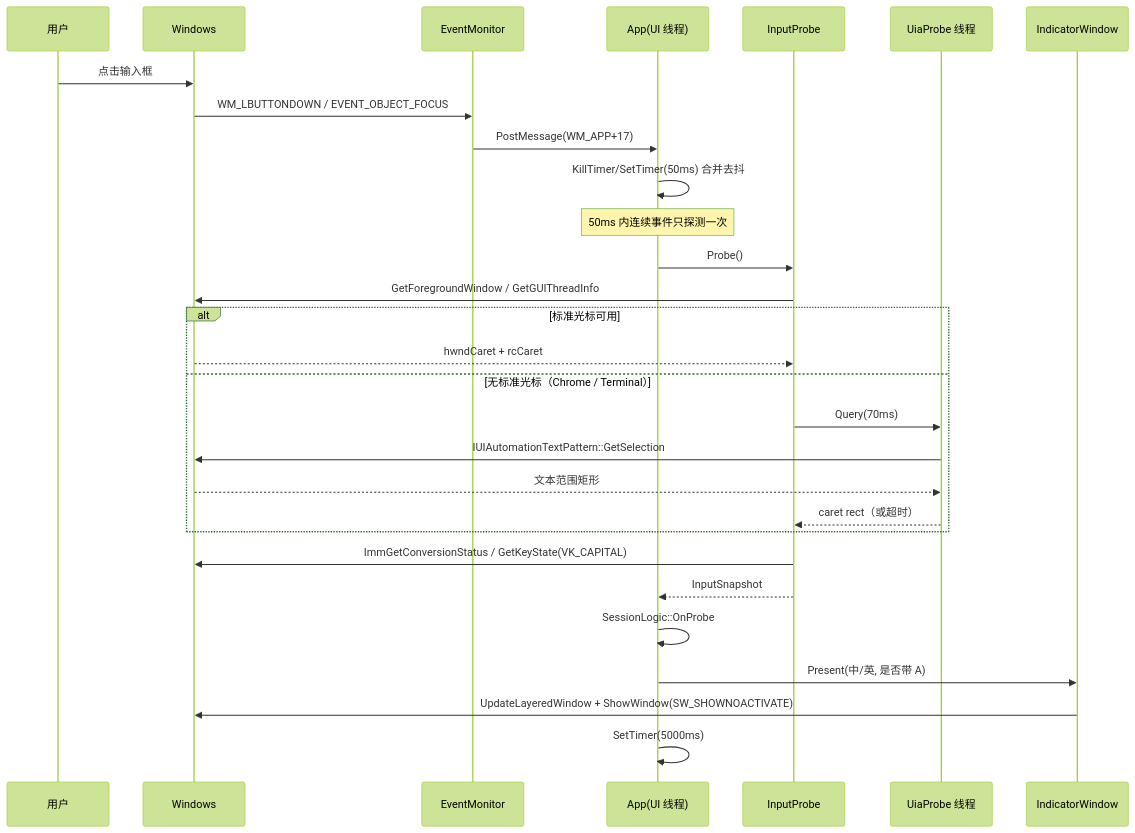
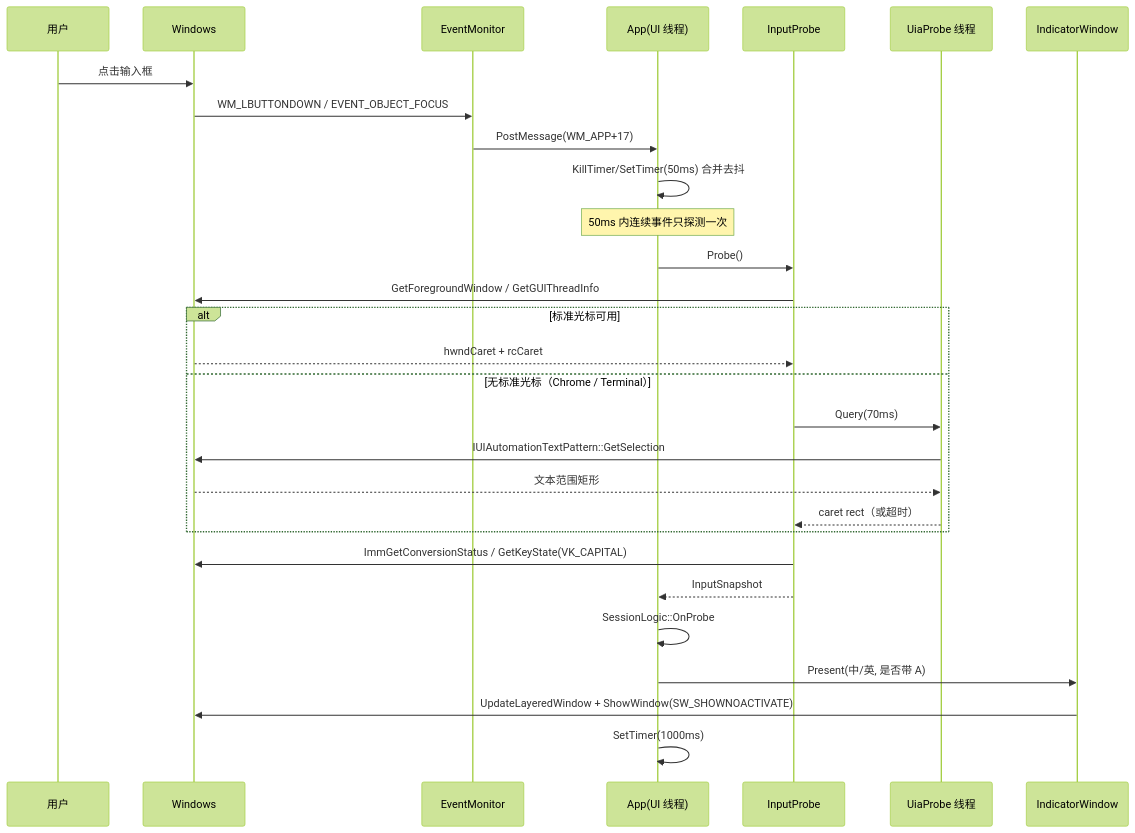
One commit to facekee/IMETip changed the second of 3 diagrams in docs/architecture.md. Above: the diagram before and after it, drawn with Mermaid (forest theme). The commit also changed other lines of this file and 10 other files, not shown here.

````diff
--- a/docs/architecture.md
+++ b/docs/architecture.md
@@ -74,32 +74,32 @@
 ```mermaid
 sequenceDiagram
     participant User as 用户
     participant OS as Windows
     participant Hook as EventMonitor
     participant App as App(UI 线程)
     participant Probe as InputProbe
     participant UIA as UiaProbe 线程
     participant Win as IndicatorWindow
 
     User->>OS: 点击输入框
     OS->>Hook: WM_LBUTTONDOWN / EVENT_OBJECT_FOCUS
     Hook->>App: PostMessage(WM_APP+17)
     App->>App: KillTimer/SetTimer(50ms) 合并去抖
     Note over App: 50ms 内连续事件只探测一次
     App->>Probe: Probe()
     Probe->>OS: GetForegroundWindow / GetGUIThreadInfo
     alt 标准光标可用
         OS-->>Probe: hwndCaret + rcCaret
     else 无标准光标（Chrome / Terminal）
         Probe->>UIA: Query(70ms)
         UIA->>OS: IUIAutomationTextPattern::GetSelection
         OS-->>UIA: 文本范围矩形
         UIA-->>Probe: caret rect（或超时）
     end
     Probe->>OS: ImmGetConversionStatus / GetKeyState(VK_CAPITAL)
     Probe-->>App: InputSnapshot
     App->>App: SessionLogic::OnProbe
     App->>Win: Present(中/英, 是否带 A)
     Win->>OS: UpdateLayeredWindow + ShowWindow(SW_SHOWNOACTIVATE)
-    App->>App: SetTimer(5000ms)
+    App->>App: SetTimer(1000ms)
 ```
````
